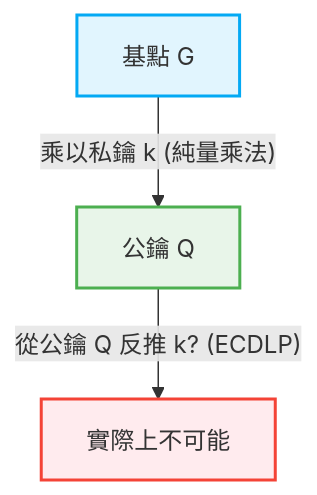
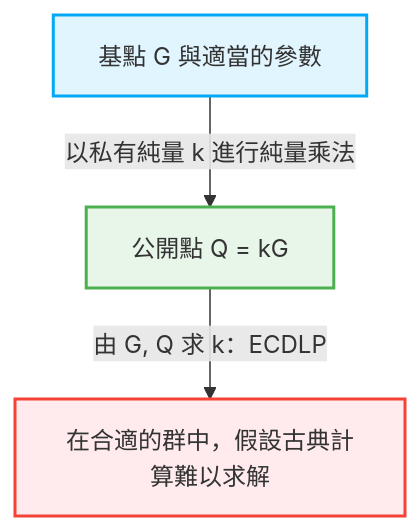
One commit to kenjinote/blog changed the second of 2 diagrams in content/post/public-key-cryptography-rsa-ecc/index.zh-tw.md. Above: the diagram before and after it, drawn with Mermaid. The commit also changed other lines of this file and 5 other files, not shown here.

````diff
--- a/content/post/public-key-cryptography-rsa-ecc/index.zh-tw.md
+++ b/content/post/public-key-cryptography-rsa-ecc/index.zh-tw.md
@@ -123,8 +165,8 @@
 ```mermaid
 graph TD
-    A["基點 G"] -- "乘以私鑰 k (純量乘法)" --> B["公鑰 Q"]
-    B -- "從公鑰 Q 反推 k? (ECDLP)" --> C["實際上不可能"]
+    A["基點 G 與適當的參數"] -->|"以私有純量 k 進行純量乘法"| B["公開點 Q = kG"]
+    B -->|"由 G, Q 求 k：ECDLP"| C["在合適的群中，假設古典計算難以求解"]
     style A fill:#e1f5fe,stroke:#03a9f4,stroke-width:2px
     style B fill:#e8f5e9,stroke:#4caf50,stroke-width:2px
     style C fill:#ffebee,stroke:#f44336,stroke-width:2px
 ```
````
